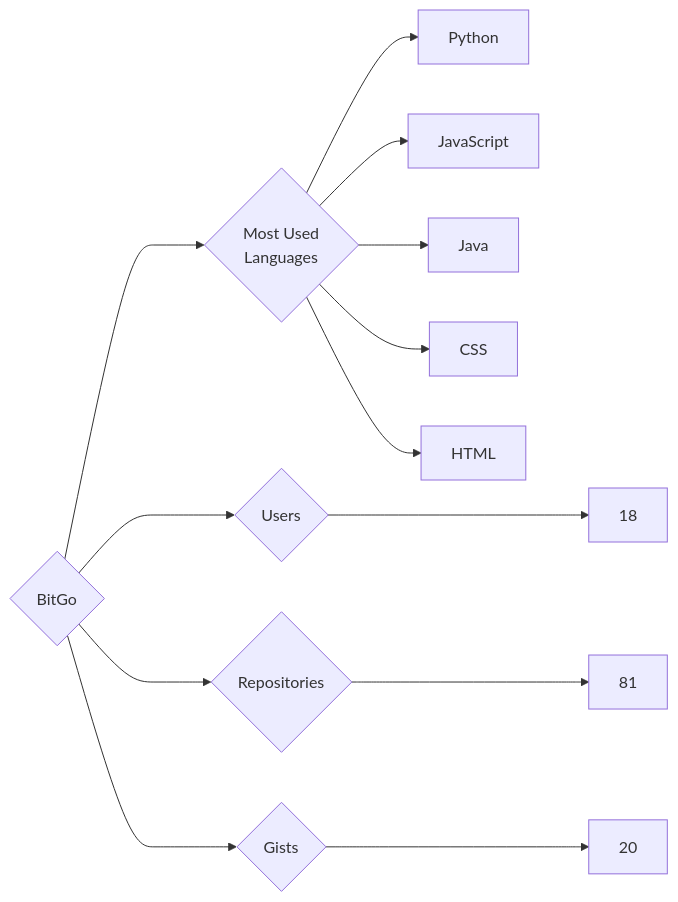
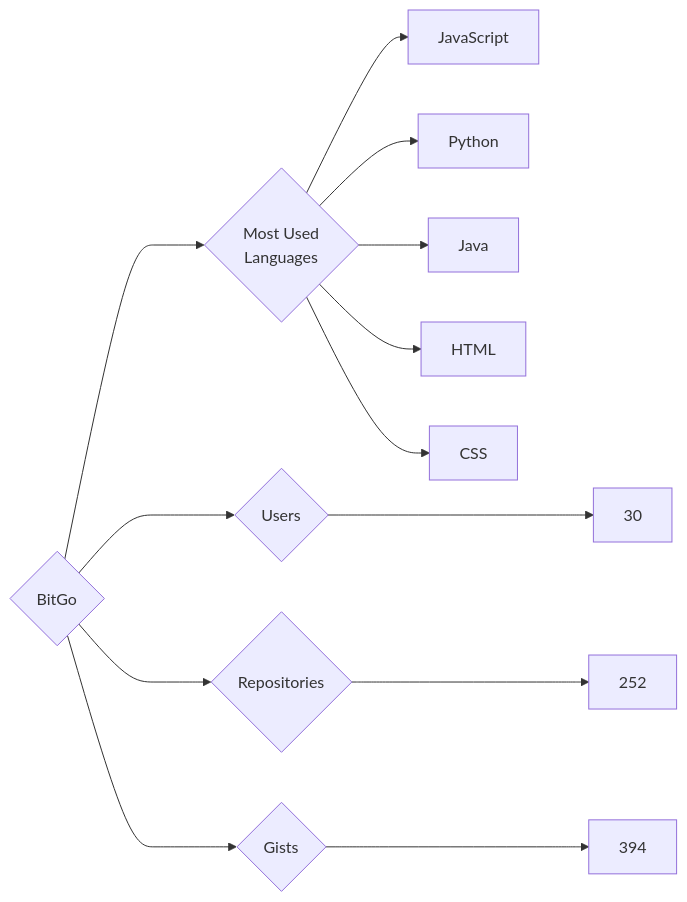
The diagram in targets/BitGo/README.md (trickest/insiders), drawn with Mermaid before and after one commit. The commit also changed 736 other files, not shown here.

````diff
--- a/targets/BitGo/README.md
+++ b/targets/BitGo/README.md
@@ -3,13 +3,13 @@
 ```mermaid
 graph LR
 COMPANY_NAME{BitGo}
-COMPANY_NAME ---> U{Users} ---> UN[18]
-COMPANY_NAME ---> R{Repositories} ---> RN[81]
-COMPANY_NAME ---> G{Gists} ---> GN[20]
+COMPANY_NAME ---> U{Users} ---> UN[30]
+COMPANY_NAME ---> R{Repositories} ---> RN[252]
+COMPANY_NAME ---> G{Gists} ---> GN[394]
 COMPANY_NAME ---> ML{Most Used<br>Languages}
+ML --> JavaScript[JavaScript]
 ML --> Python[Python]
-ML --> JavaScript[JavaScript]
 ML --> Java[Java]
+ML --> HTML[HTML]
 ML --> CSS[CSS]
-ML --> HTML[HTML]
 ```
````
